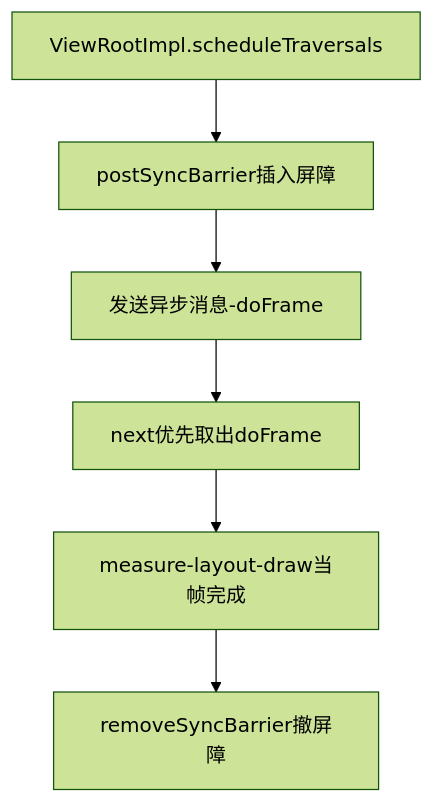
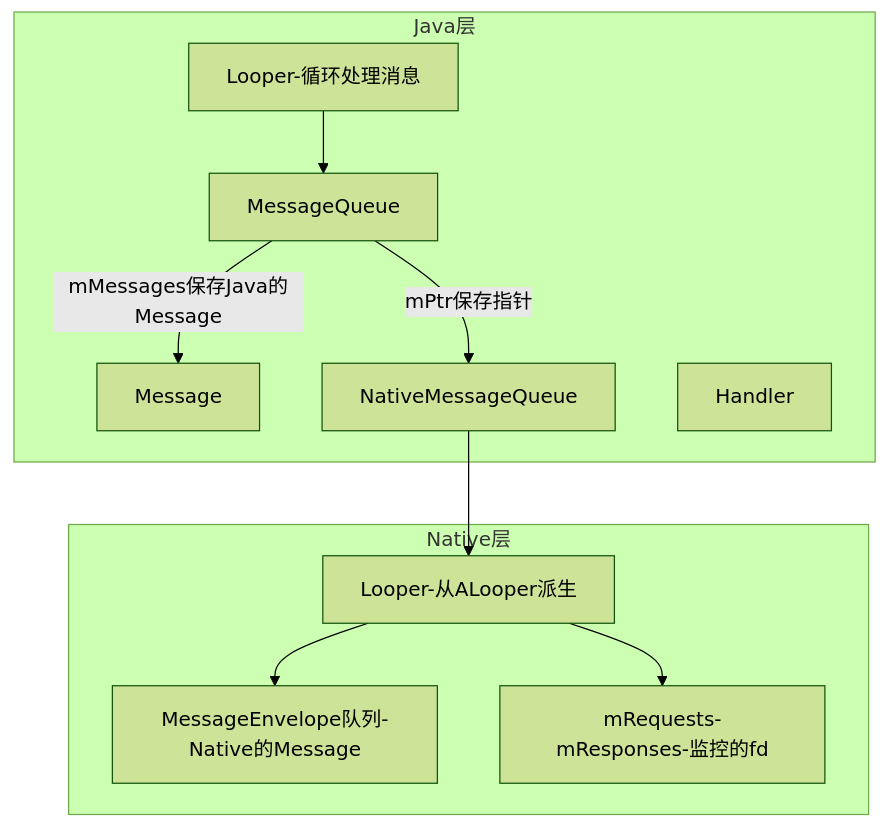
One commit to coswit/coswit.github.io changed the sixth of 6 diagrams in Android/深入理解Android卷II/01-深入理解JavaBinder和MessageQueue.md. Above: the diagram before and after it, drawn with Mermaid (forest theme). The commit also changed other lines of this file and 7 other files, not shown here.

````diff
--- a/Android/深入理解Android卷II/01-深入理解JavaBinder和MessageQueue.md
+++ b/Android/深入理解Android卷II/01-深入理解JavaBinder和MessageQueue.md
@@ -287,8 +1094,14 @@
 ```mermaid
 graph TD
-    A[ViewRootImpl.scheduleTraversals] --> B[postSyncBarrier插入屏障]
-    B --> C[发送异步消息-doFrame]
-    C --> D[next优先取出doFrame]
-    D --> E[measure-layout-draw当帧完成]
-    E --> F[removeSyncBarrier撤屏障]
+    subgraph Java层
+        JL[Looper-循环处理消息] --> MQ[MessageQueue]
+        MQ --mMessages保存Java的Message--> MS[Message]
+        MQ --mPtr保存指针--> NMQ
+        HD[Handler]
+    end
+    subgraph Native层
+        NMQ[NativeMessageQueue] --> NL[Looper-从ALooper派生]
+        NL --> NE[MessageEnvelope队列-Native的Message]
+        NL --> RQ[mRequests-mResponses-监控的fd]
+    end
 ```
````
